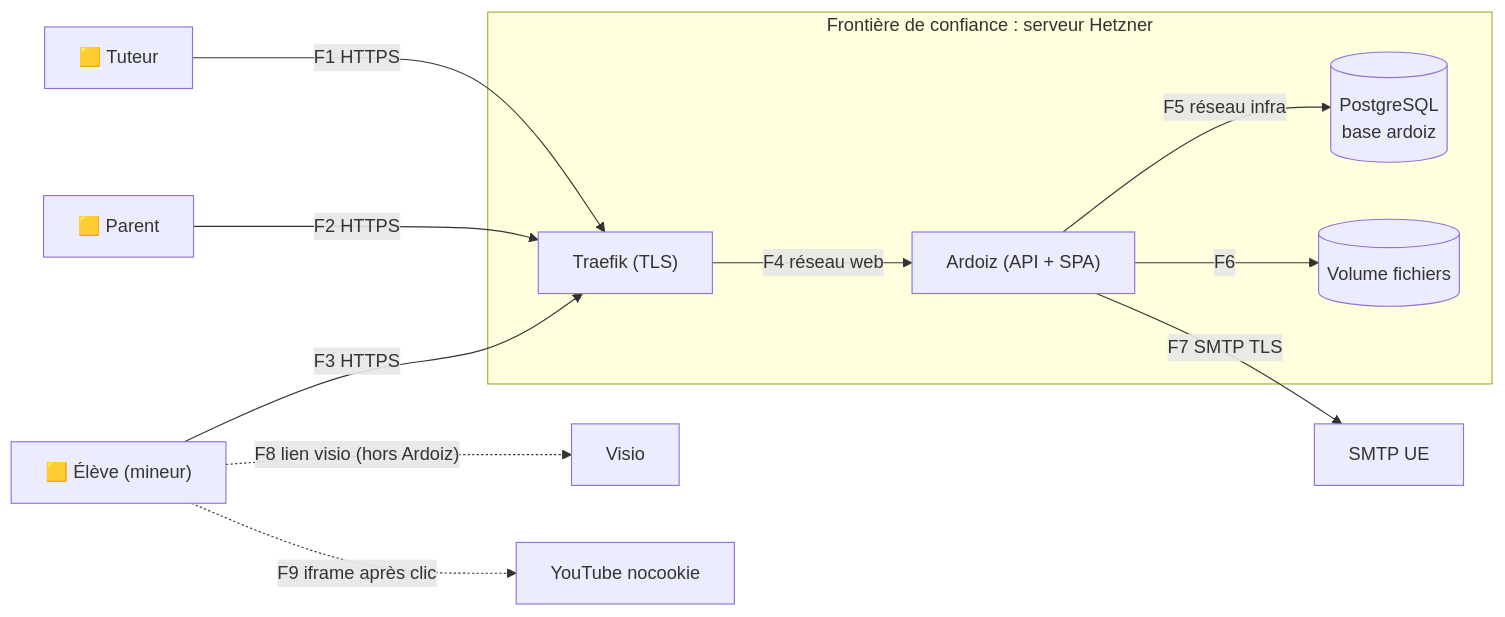
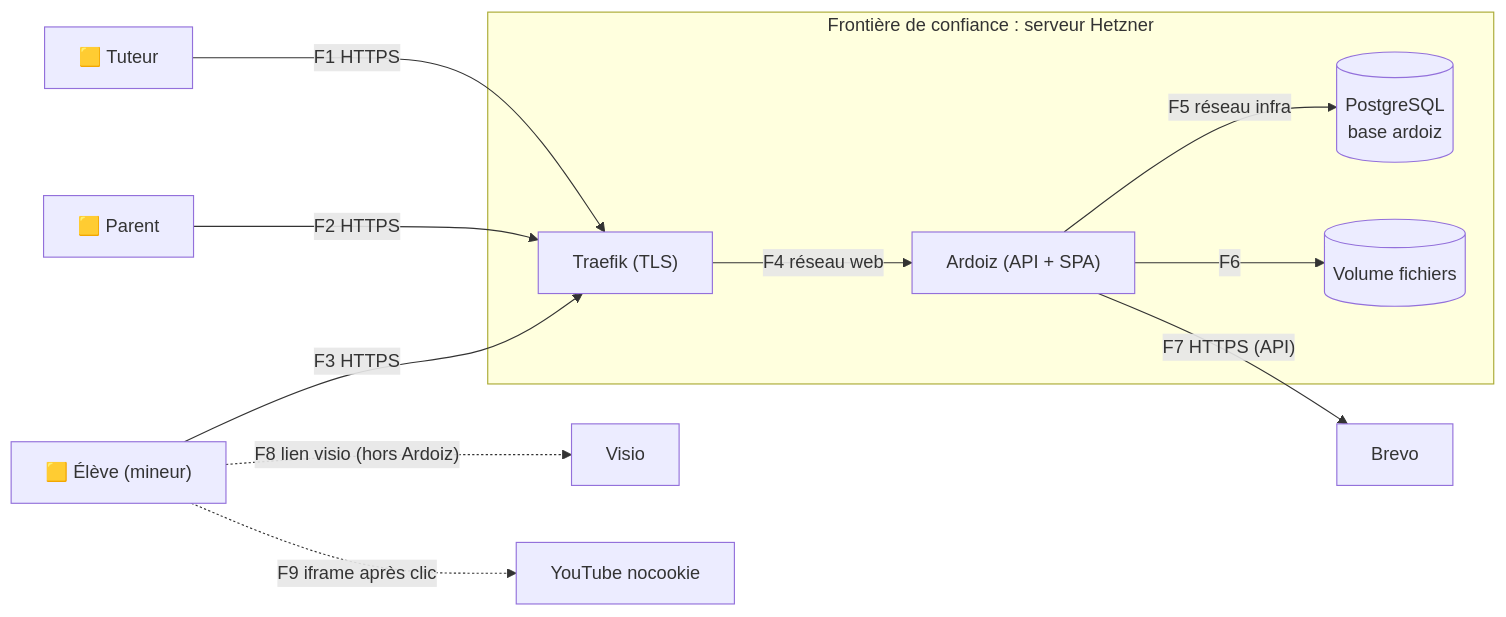
Before and after one commit to Rianodji/ardoiz: the diagram in docs/securite/registre-menaces.md, drawn with Mermaid. The commit also changed 16 other files, not shown here.

````diff
--- a/docs/securite/registre-menaces.md
+++ b/docs/securite/registre-menaces.md
@@ -8,18 +8,18 @@
 ```mermaid
 flowchart LR
   T["🟨 Tuteur"] -- "F1 HTTPS" --> TR["Traefik (TLS)"]
   P["🟨 Parent"] -- "F2 HTTPS" --> TR
   E["🟨 Élève (mineur)"] -- "F3 HTTPS" --> TR
   TR -- "F4 réseau web" --> API["Ardoiz (API + SPA)"]
   API -- "F5 réseau infra" --> DB[("PostgreSQL<br/>base ardoiz")]
   API -- "F6" --> FS[("Volume fichiers")]
-  API -- "F7 SMTP TLS" --> SMTP["SMTP UE"]
+  API -- "F7 HTTPS (API)" --> SMTP["Brevo"]
   E -. "F8 lien visio (hors Ardoiz)" .-> V["Visio"]
   E -. "F9 iframe après clic" .-> YT["YouTube nocookie"]
   subgraph Frontière de confiance : serveur Hetzner
     TR
     API
     DB
     FS
   end
 ```
````
